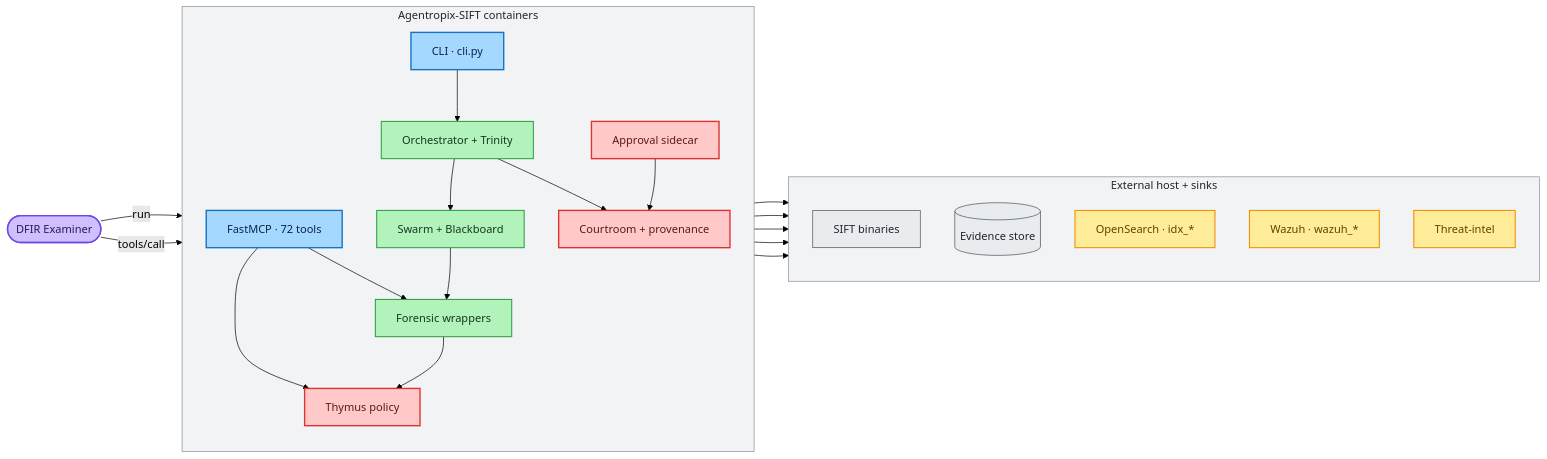
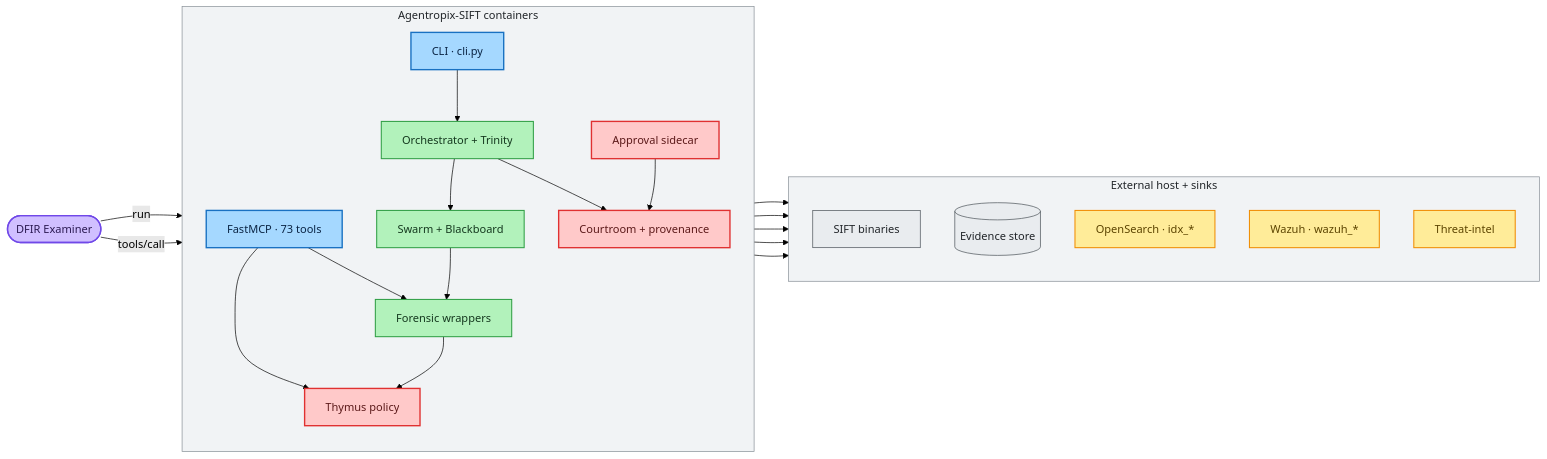
The second of 3 diagrams in docs/02-architecture/system-context-c4.md (galvangabriel-web/agentropix-mcp), drawn with Mermaid (forest theme) before and after one commit. The commit also changed other lines of this file and 80 other files, not shown here.

````diff
--- a/docs/02-architecture/system-context-c4.md
+++ b/docs/02-architecture/system-context-c4.md
@@ -99,51 +99,51 @@
 ```mermaid
 flowchart LR
     classDef actor fill:#d0bfff,stroke:#7048e8,color:#2b1a52,stroke-width:2px
     classDef api fill:#a5d8ff,stroke:#1971c2,color:#0b2545,stroke-width:2px
     classDef core fill:#b2f2bb,stroke:#2f9e44,color:#15391f,stroke-width:1.5px
     classDef gov fill:#ffc9c9,stroke:#e03131,color:#5c1a1a,stroke-width:2px
     classDef ext fill:#e9ecef,stroke:#495057,color:#212529,stroke-width:1px
     classDef sink fill:#ffec99,stroke:#f08c00,color:#5c4400,stroke-width:1.5px
 
     Examiner(["DFIR Examiner"]):::actor
 
     subgraph ASIFT["Agentropix-SIFT containers"]
         direction TB
         CLI["CLI · cli.py"]:::api
-        MCP["FastMCP · 72 tools"]:::api
+        MCP["FastMCP · 73 tools"]:::api
         Orch["Orchestrator + Trinity"]:::core
         Agents["Swarm + Blackboard"]:::core
         Wrappers["Forensic wrappers"]:::core
         Thymus["Thymus policy"]:::gov
         Courtroom["Courtroom + provenance"]:::gov
         Approval["Approval sidecar"]:::gov
     end
 
     subgraph EXT["External host + sinks"]
         direction TB
         SIFT["SIFT binaries"]:::ext
         Evidence[("Evidence store")]:::ext
         OpenSearch["OpenSearch · idx_*"]:::sink
         Wazuh["Wazuh · wazuh_*"]:::sink
         Intel["Threat-intel"]:::sink
     end
 
     Examiner -->|run| CLI
     Examiner -->|"tools/call"| MCP
     CLI --> Orch
     MCP --> Wrappers
     MCP --> Thymus
     Orch --> Agents
     Agents --> Wrappers
     Wrappers --> Thymus
     Wrappers --> SIFT
     Wrappers --> Evidence
     Orch --> Courtroom
     Approval --> Courtroom
     MCP --> OpenSearch
     MCP --> Wazuh
     MCP --> Intel
 
     style ASIFT fill:#f1f3f5,stroke:#868e96,color:#212529
     style EXT fill:#f1f3f5,stroke:#868e96,color:#212529
 ```
````
